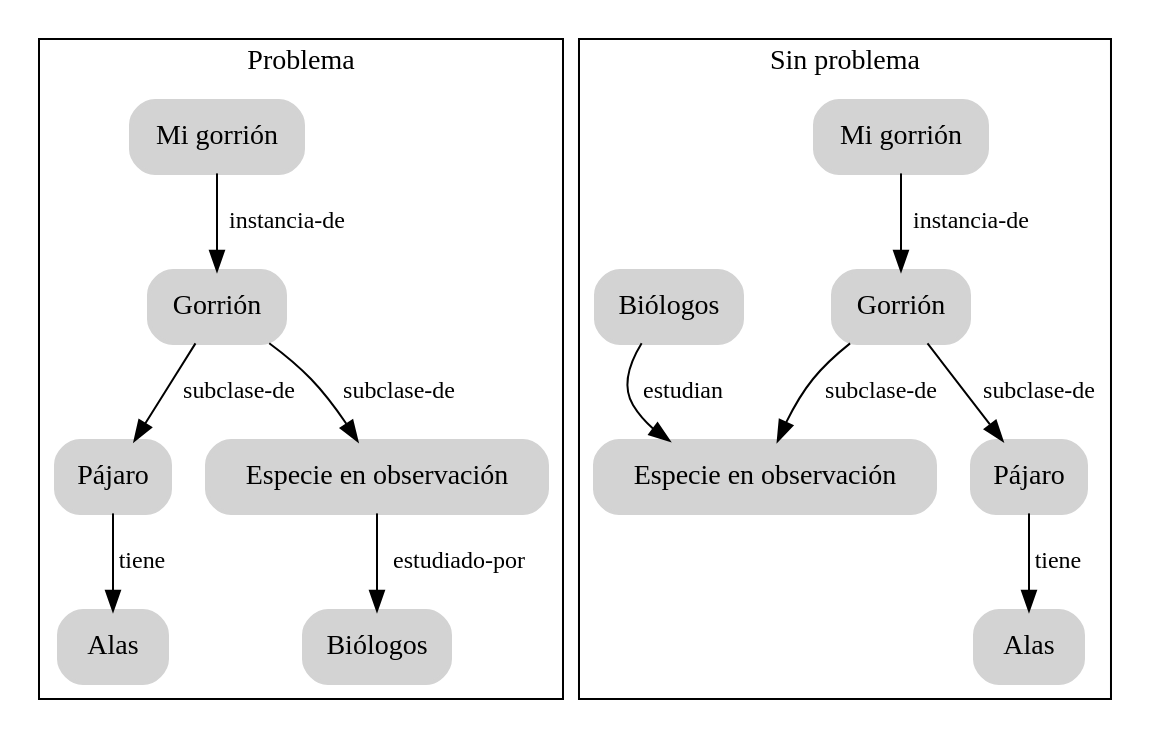
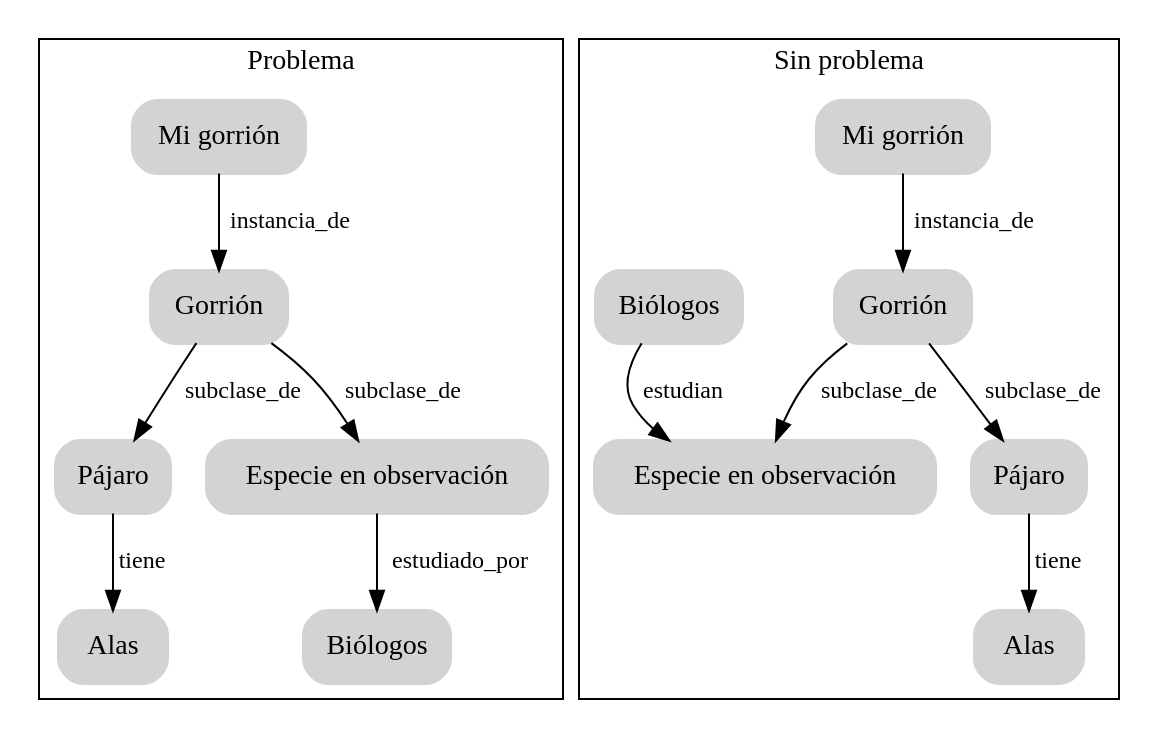
The diagram in dot/graph11.dot (masterdatascienceifca/semantic-networks), drawn with Graphviz before and after one commit. The commit also changed 24 other files, not shown here.

```diff
--- a/dot/graph11.dot
+++ b/dot/graph11.dot
@@ -1,37 +1,37 @@
 digraph ejemplo {
 node  [style="rounded,filled,bold", shape=box, fontname="Nimbus", color="lightgray"];
 edge  [fontname="Nimbus" weight=2, fontsize=12]
 
 subgraph cluster_1 {
-g -> A [ label = "instancia-de" ];
-A -> B [ label = "subclase-de"];
+g -> A [ label = "instancia_de" ];
+A -> B [ label = "subclase_de"];
 B -> C [ label = "tiene"];
-A -> D [ label = "subclase-de"];
-D -> E [ label = "estudiado-por"];
+A -> D [ label = "subclase_de"];
+D -> E [ label = "estudiado_por"];
 label = "Problema"
 }
 
 subgraph cluster_2 {
-h -> F [ label = "instancia-de"];
-F -> G [ label = "subclase-de"];
+h -> F [ label = "instancia_de"];
+F -> G [ label = "subclase_de"];
 G -> H [ label = "tiene"];
-F -> I [ label = "subclase-de"];
+F -> I [ label = "subclase_de"];
 J -> I [ label = "estudian"];
 label = "Sin problema"
 }
 
 A [label="Gorrión"];
 B [label="Pájaro"];
 C [label="Alas"];
 D [label="Especie en observación"];
 E [label="Biólogos"];
 g [label="Mi gorrión"];
 
 F [label="Gorrión"];
 G [label="Pájaro"];
 H [label="Alas"];
 I [label="Especie en observación"];
 J [label="Biólogos"];
 h [label="Mi gorrión"];
 
 }
```
